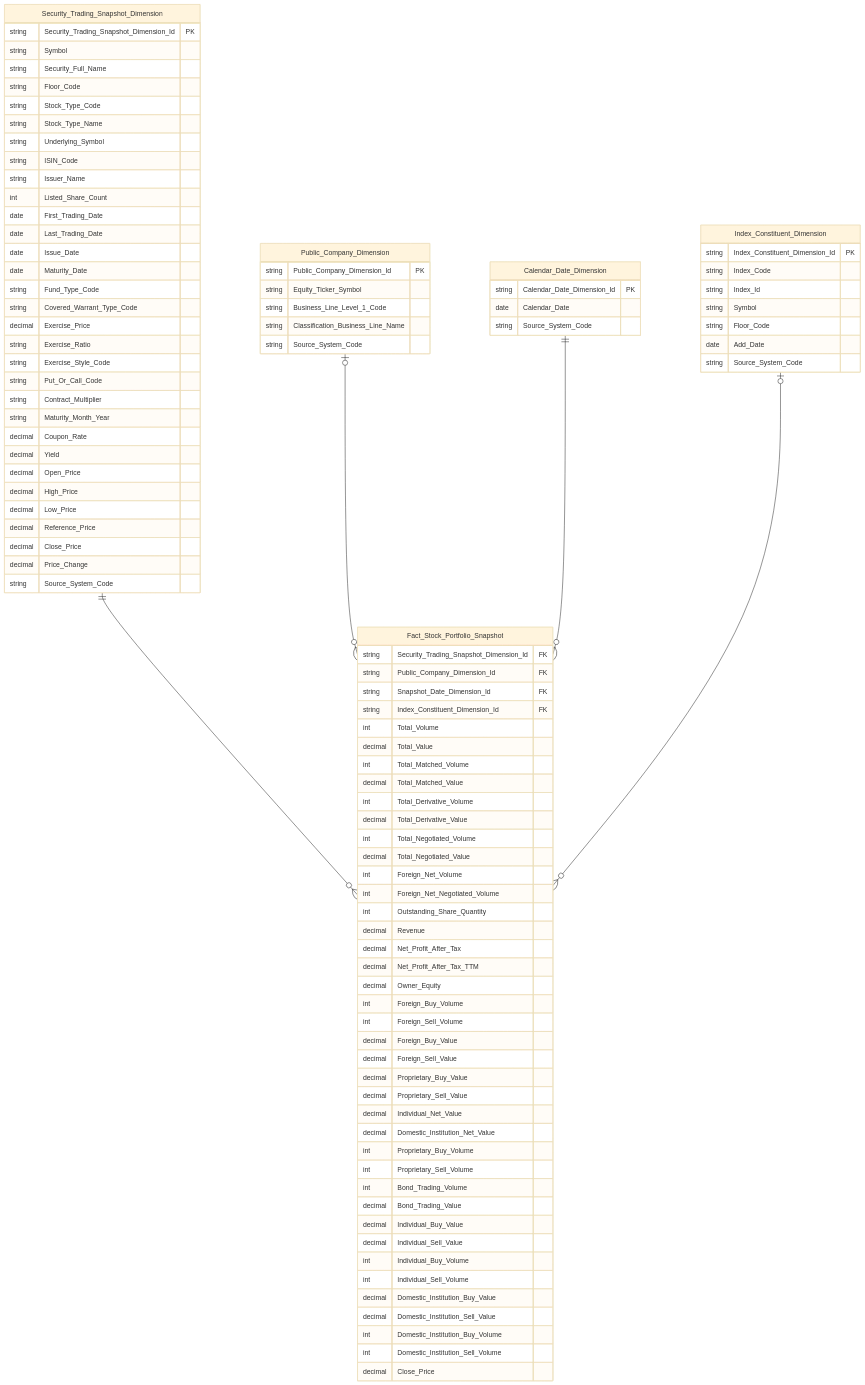
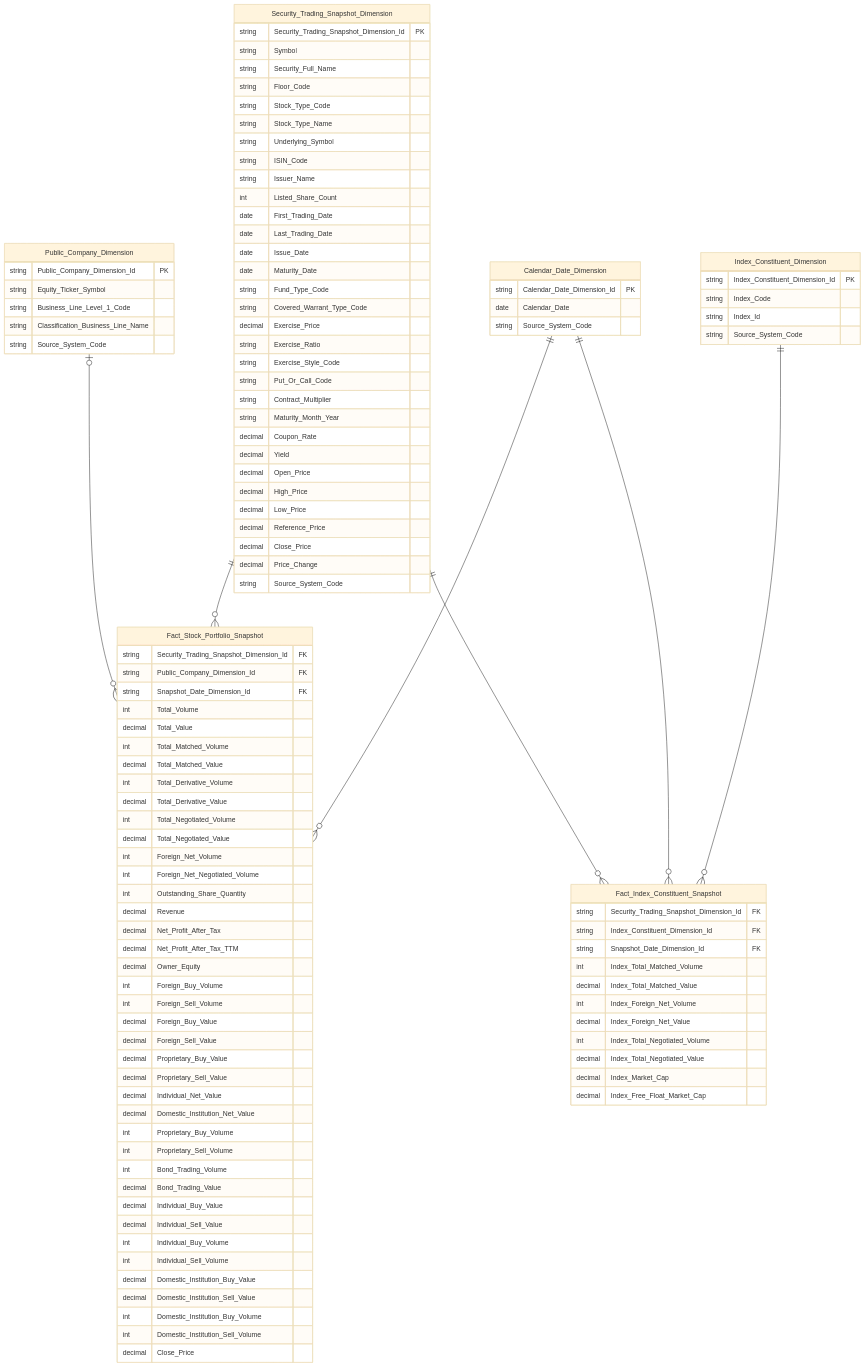
The sixth of 46 diagrams in Datamart/hld/DTM_GSTT_HLD.md (linhlvit/ubck_atomic_design), drawn with Mermaid (base theme) before and after one commit. The commit also changed other lines of this file and 13 other files, not shown here.

Commit message:
feat(datamart): cap nhat thiet ke GSTT & GSDC - them fct_index_constituent_snpst, flat tables va detail mapping

````diff
--- a/Datamart/hld/DTM_GSTT_HLD.md
+++ b/Datamart/hld/DTM_GSTT_HLD.md
@@ -251,16 +273,25 @@
         string Index_Constituent_Dimension_Id PK
         string Index_Code
         string Index_Id
-        string Symbol
-        string Floor_Code
-        date Add_Date
         string Source_System_Code
+    }
+    Fact_Index_Constituent_Snapshot {
+        string Security_Trading_Snapshot_Dimension_Id FK
+        string Index_Constituent_Dimension_Id FK
+        string Snapshot_Date_Dimension_Id FK
+        int Index_Total_Matched_Volume
+        decimal Index_Total_Matched_Value
+        int Index_Foreign_Net_Volume
+        decimal Index_Foreign_Net_Value
+        int Index_Total_Negotiated_Volume
+        decimal Index_Total_Negotiated_Value
+        decimal Index_Market_Cap
+        decimal Index_Free_Float_Market_Cap
     }
     Fact_Stock_Portfolio_Snapshot {
         string Security_Trading_Snapshot_Dimension_Id FK
         string Public_Company_Dimension_Id FK
         string Snapshot_Date_Dimension_Id FK
-        string Index_Constituent_Dimension_Id FK
         int Total_Volume
         decimal Total_Value
         int Total_Matched_Volume
@@ -301,5 +332,7 @@
     Security_Trading_Snapshot_Dimension ||--o{ Fact_Stock_Portfolio_Snapshot : " "
     Public_Company_Dimension |o--o{ Fact_Stock_Portfolio_Snapshot : " "
     Calendar_Date_Dimension ||--o{ Fact_Stock_Portfolio_Snapshot : " "
-    Index_Constituent_Dimension |o--o{ Fact_Stock_Portfolio_Snapshot : " "
+    Security_Trading_Snapshot_Dimension ||--o{ Fact_Index_Constituent_Snapshot : " "
+    Index_Constituent_Dimension ||--o{ Fact_Index_Constituent_Snapshot : " "
+    Calendar_Date_Dimension ||--o{ Fact_Index_Constituent_Snapshot : " "
 ```
````
